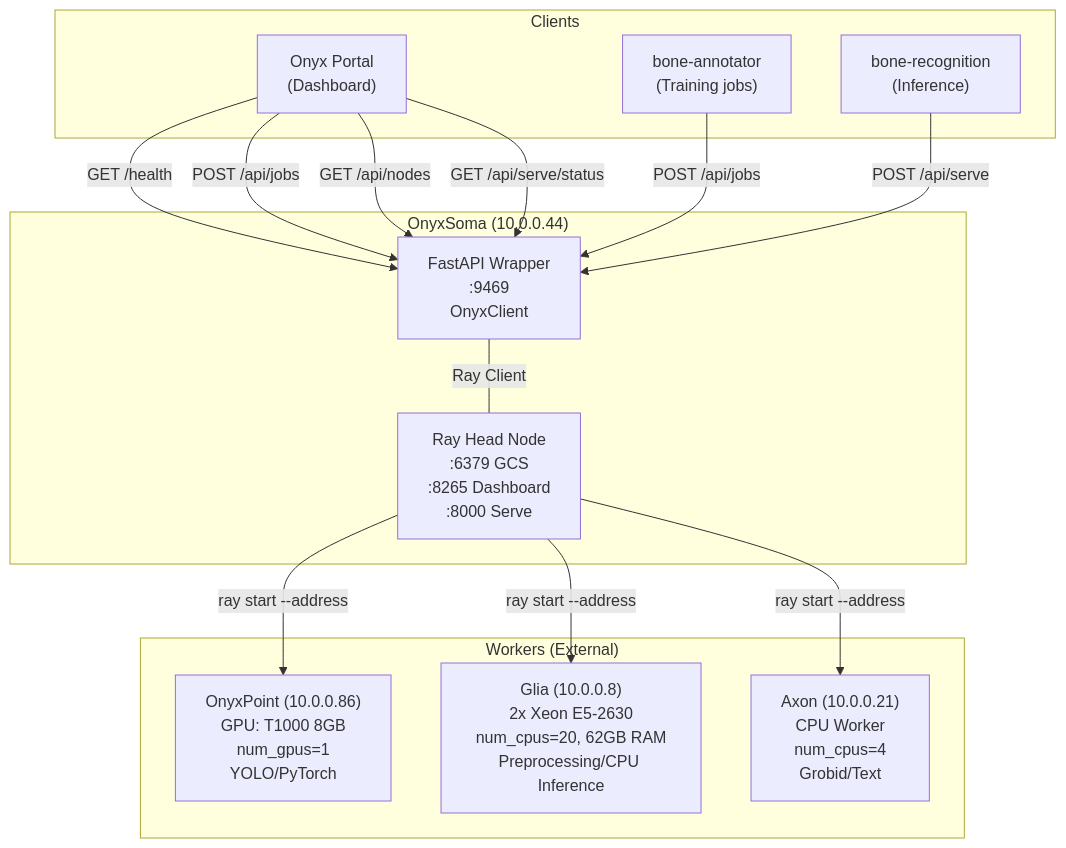
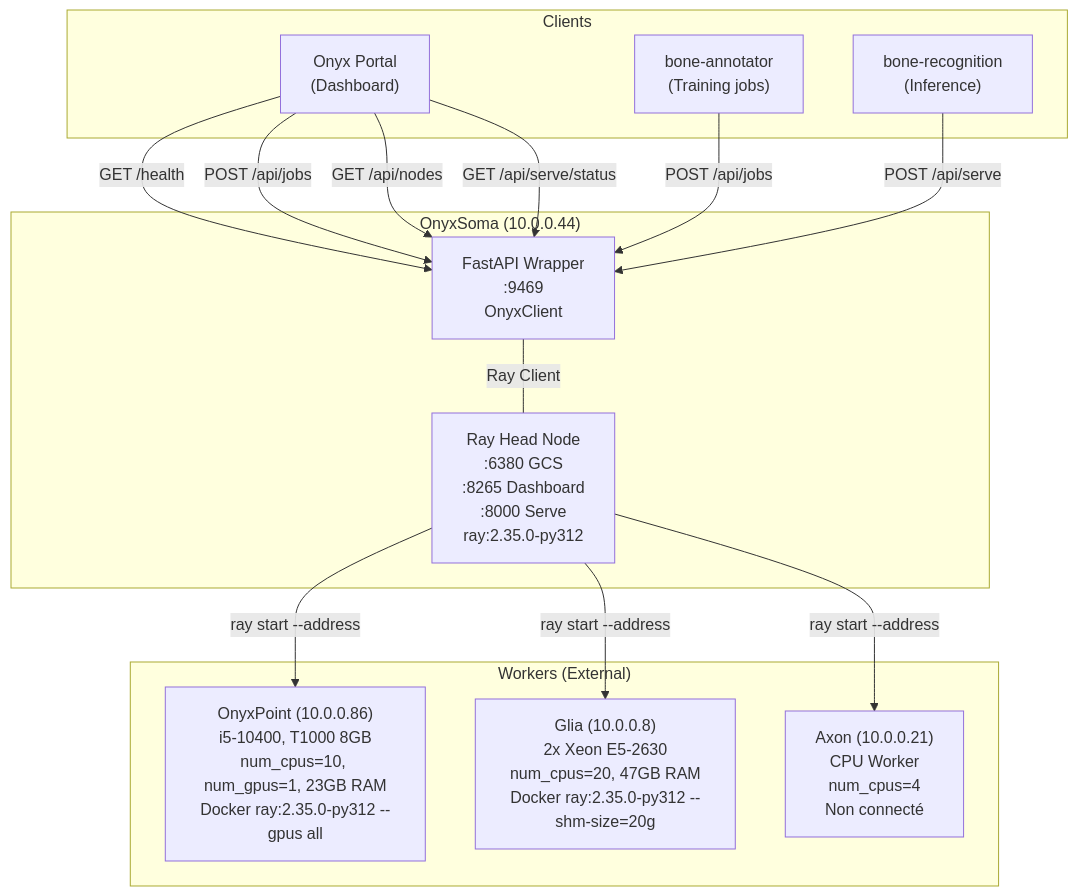
Before and after one commit to VersoVet/ml-compute: the first of 3 diagrams in DIAGRAM.md, drawn with Mermaid. The commit also changed 3 other files, not shown here.

First line of the commit message:
docs: mise à jour cluster Ray — Glia et OnyxPoint connectés

````diff
--- a/DIAGRAM.md
+++ b/DIAGRAM.md
@@ -5,31 +5,31 @@
 ```mermaid
 graph TB
     subgraph Soma["OnyxSoma (10.0.0.44)"]
         API["FastAPI Wrapper<br/>:9469<br/>OnyxClient"]
-        RayHead["Ray Head Node<br/>:6379 GCS<br/>:8265 Dashboard<br/>:8000 Serve"]
+        RayHead["Ray Head Node<br/>:6380 GCS<br/>:8265 Dashboard<br/>:8000 Serve<br/>ray:2.35.0-py312"]
         API ---|Ray Client| RayHead
     end
 
     subgraph Workers["Workers (External)"]
-        OP["OnyxPoint (10.0.0.86)<br/>GPU: T1000 8GB<br/>num_gpus=1<br/>YOLO/PyTorch"]
-        Glia["Glia (10.0.0.8)<br/>2x Xeon E5-2630<br/>num_cpus=20, 62GB RAM<br/>Preprocessing/CPU Inference"]
-        Axon["Axon (10.0.0.21)<br/>CPU Worker<br/>num_cpus=4<br/>Grobid/Text"]
+        OP["OnyxPoint (10.0.0.86)<br/>i5-10400, T1000 8GB<br/>num_cpus=10, num_gpus=1, 23GB RAM<br/>Docker ray:2.35.0-py312 --gpus all"]
+        Glia["Glia (10.0.0.8)<br/>2x Xeon E5-2630<br/>num_cpus=20, 47GB RAM<br/>Docker ray:2.35.0-py312 --shm-size=20g"]
+        Axon["Axon (10.0.0.21)<br/>CPU Worker<br/>num_cpus=4<br/>Non connecté"]
     end
 
     RayHead -->|ray start --address| OP
     RayHead -->|ray start --address| Glia
     RayHead -->|ray start --address| Axon
 
     subgraph Client["Clients"]
         Portal["Onyx Portal<br/>(Dashboard)"]
         BoneML["bone-annotator<br/>(Training jobs)"]
         BoneRec["bone-recognition<br/>(Inference)"]
     end
 
     Portal -->|GET /health| API
     Portal -->|POST /api/jobs| API
     Portal -->|GET /api/nodes| API
     BoneML -->|POST /api/jobs| API
     BoneRec -->|POST /api/serve| API
     Portal -->|GET /api/serve/status| API
 ```
````
